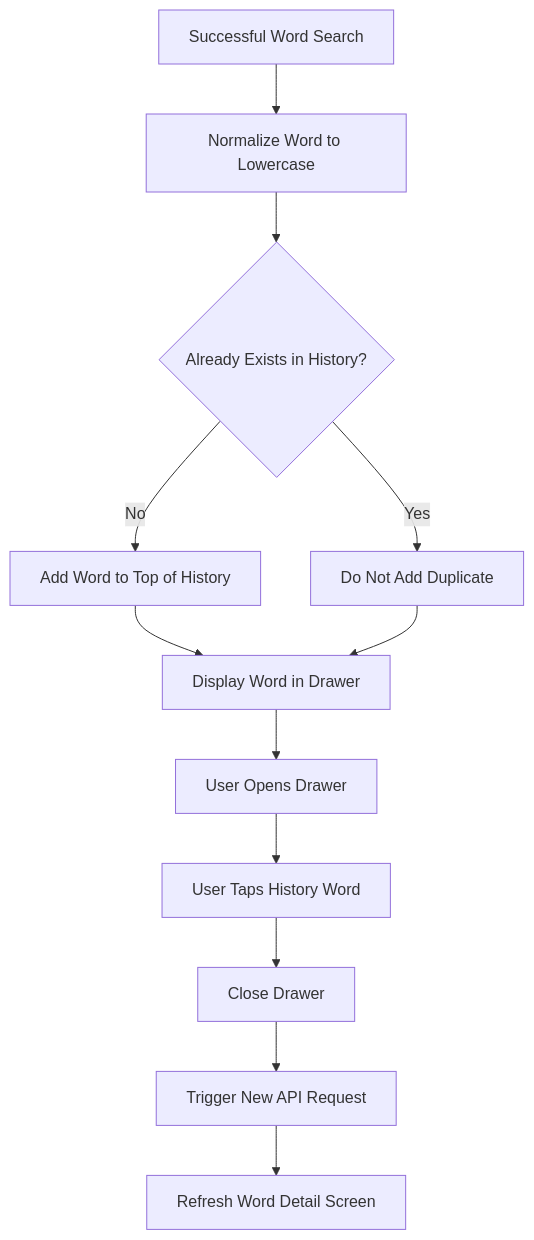
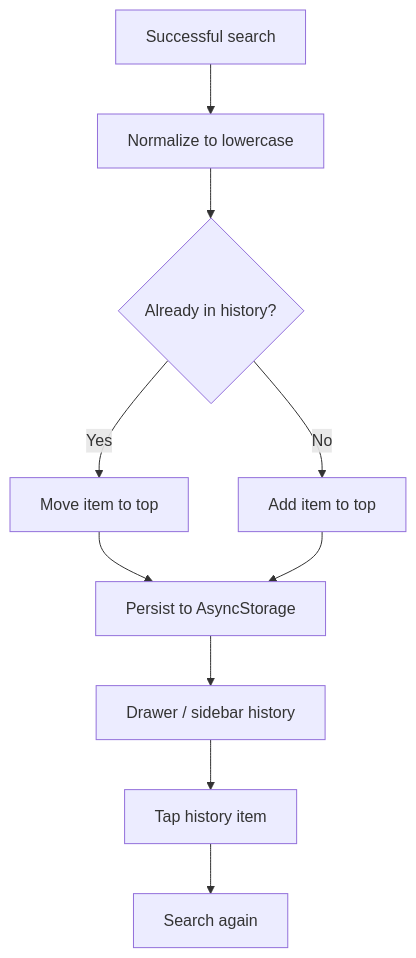
The seventh of 11 diagrams in DOCS.md (m-prosper-10/mobile.dictionary), drawn with Mermaid before and after one commit. The commit also changed other lines of this file and 1 other file, not shown here.

Commit message:
Update architectural documentation to match Expo Router and Datamuse integration and clean up dictionary API service definitions.

````diff
--- a/DOCS.md
+++ b/DOCS.md
@@ -238,18 +237,13 @@
 ```mermaid
 flowchart TD
-    A[Successful Word Search] --> B[Normalize Word to Lowercase]
-    B --> C{Already Exists in History?}
+    Search[Successful search] --> Normalize[Normalize to lowercase]
+    Normalize --> Unique{Already in history?}
+    Unique -->|Yes| MoveTop[Move item to top]
+    Unique -->|No| AddTop[Add item to top]
+    MoveTop --> Persist[Persist to AsyncStorage]
+    AddTop --> Persist
+    Persist --> Drawer[Drawer / sidebar history]
 
-    C -->|Yes| D[Do Not Add Duplicate]
-    C -->|No| E[Add Word to Top of History]
-
-    E --> F[Display Word in Drawer]
-    D --> F
-
-    F --> G[User Opens Drawer]
-    G --> H[User Taps History Word]
-
-    H --> I[Close Drawer]
-    I --> J[Trigger New API Request]
-    J --> K[Refresh Word Detail Screen]
+    Drawer --> Tap[Tap history item]
+    Tap --> SearchAgain[Search again]
 ```
````
